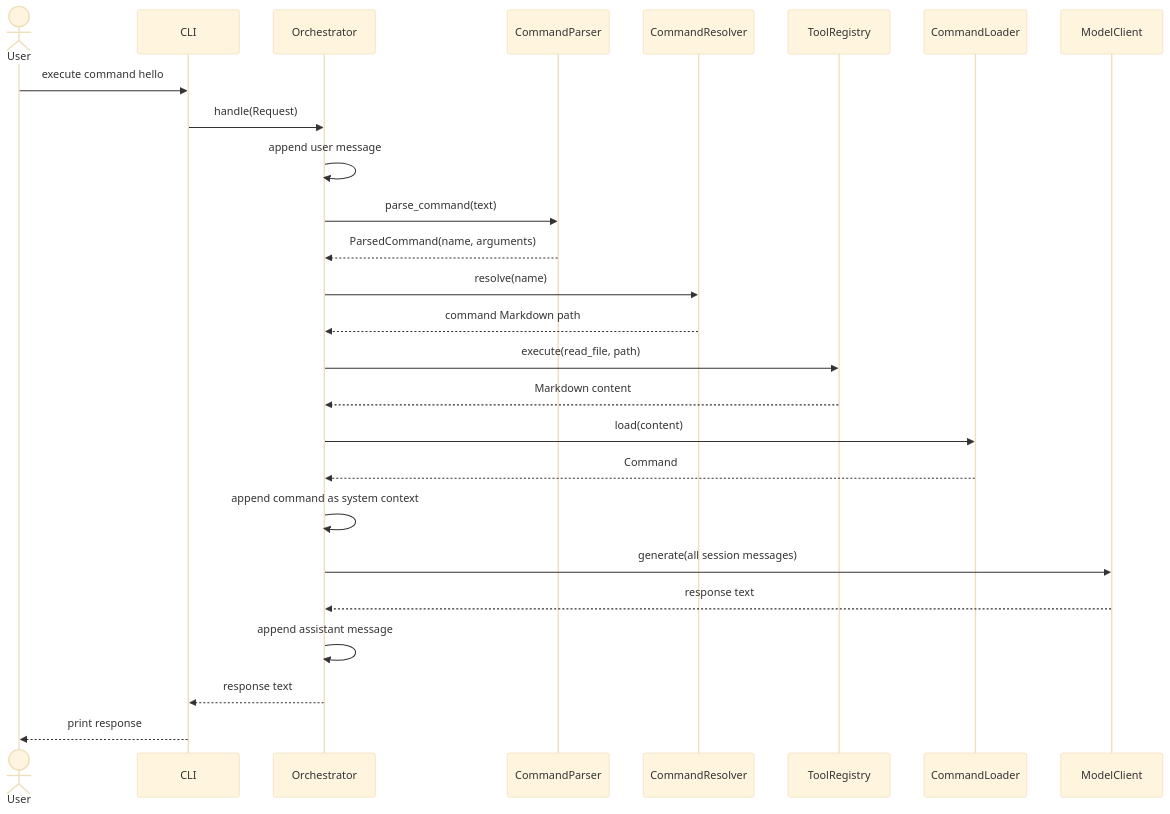
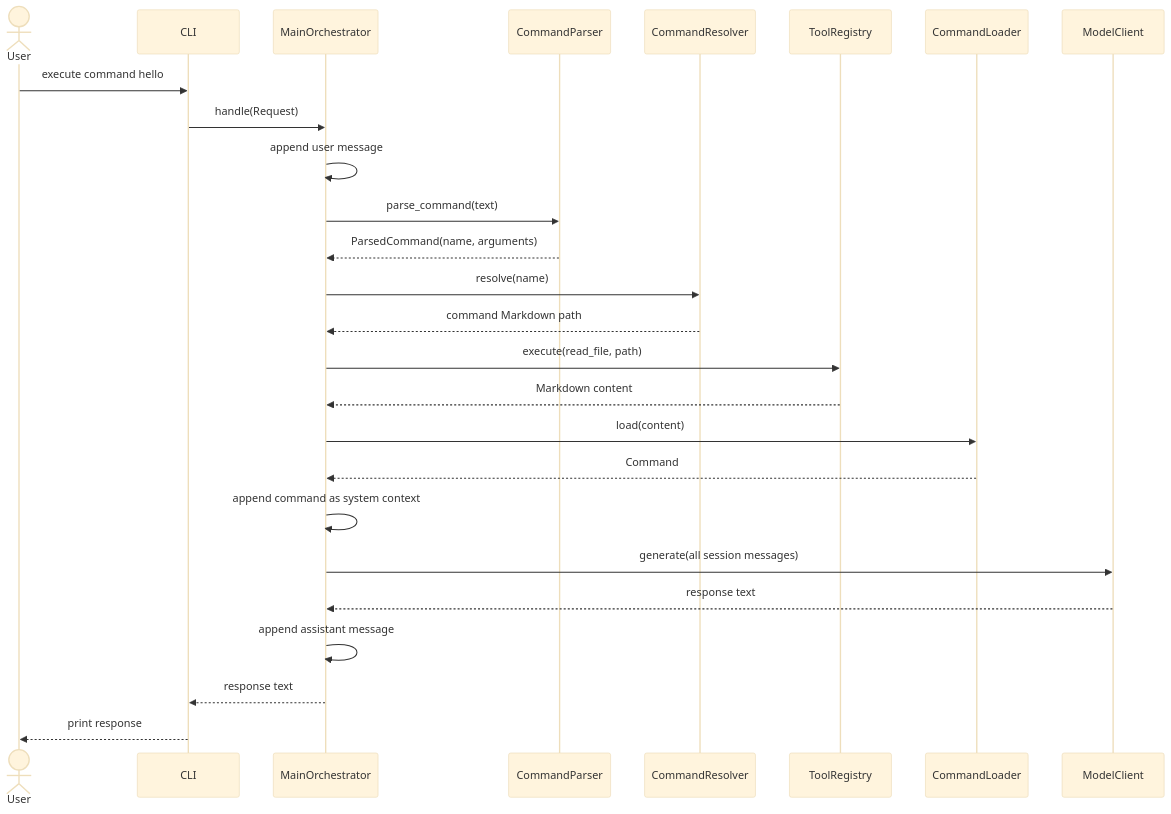
One commit to kalinVn/caisa_harnes_project changed the second of 2 diagrams in doc/project_strucrure.md. Above: the diagram before and after it, drawn with Mermaid (base theme). The commit also changed other lines of this file and 14 other files, not shown here.

````diff
--- a/doc/project_strucrure.md
+++ b/doc/project_strucrure.md
@@ -165,29 +165,29 @@
 ```mermaid
 sequenceDiagram
     actor User
     participant CLI
-    participant Orchestrator
+    participant MainOrchestrator
     participant Parser as CommandParser
     participant Resolver as CommandResolver
     participant Registry as ToolRegistry
     participant Loader as CommandLoader
     participant Model as ModelClient
 
     User->>CLI: execute command hello
-    CLI->>Orchestrator: handle(Request)
-    Orchestrator->>Orchestrator: append user message
-    Orchestrator->>Parser: parse_command(text)
-    Parser-->>Orchestrator: ParsedCommand(name, arguments)
-    Orchestrator->>Resolver: resolve(name)
-    Resolver-->>Orchestrator: command Markdown path
-    Orchestrator->>Registry: execute(read_file, path)
-    Registry-->>Orchestrator: Markdown content
-    Orchestrator->>Loader: load(content)
-    Loader-->>Orchestrator: Command
-    Orchestrator->>Orchestrator: append command as system context
-    Orchestrator->>Model: generate(all session messages)
-    Model-->>Orchestrator: response text
-    Orchestrator->>Orchestrator: append assistant message
-    Orchestrator-->>CLI: response text
+    CLI->>MainOrchestrator: handle(Request)
+    MainOrchestrator->>MainOrchestrator: append user message
+    MainOrchestrator->>Parser: parse_command(text)
+    Parser-->>MainOrchestrator: ParsedCommand(name, arguments)
+    MainOrchestrator->>Resolver: resolve(name)
+    Resolver-->>MainOrchestrator: command Markdown path
+    MainOrchestrator->>Registry: execute(read_file, path)
+    Registry-->>MainOrchestrator: Markdown content
+    MainOrchestrator->>Loader: load(content)
+    Loader-->>MainOrchestrator: Command
+    MainOrchestrator->>MainOrchestrator: append command as system context
+    MainOrchestrator->>Model: generate(all session messages)
+    Model-->>MainOrchestrator: response text
+    MainOrchestrator->>MainOrchestrator: append assistant message
+    MainOrchestrator-->>CLI: response text
     CLI-->>User: print response
 ```
````
